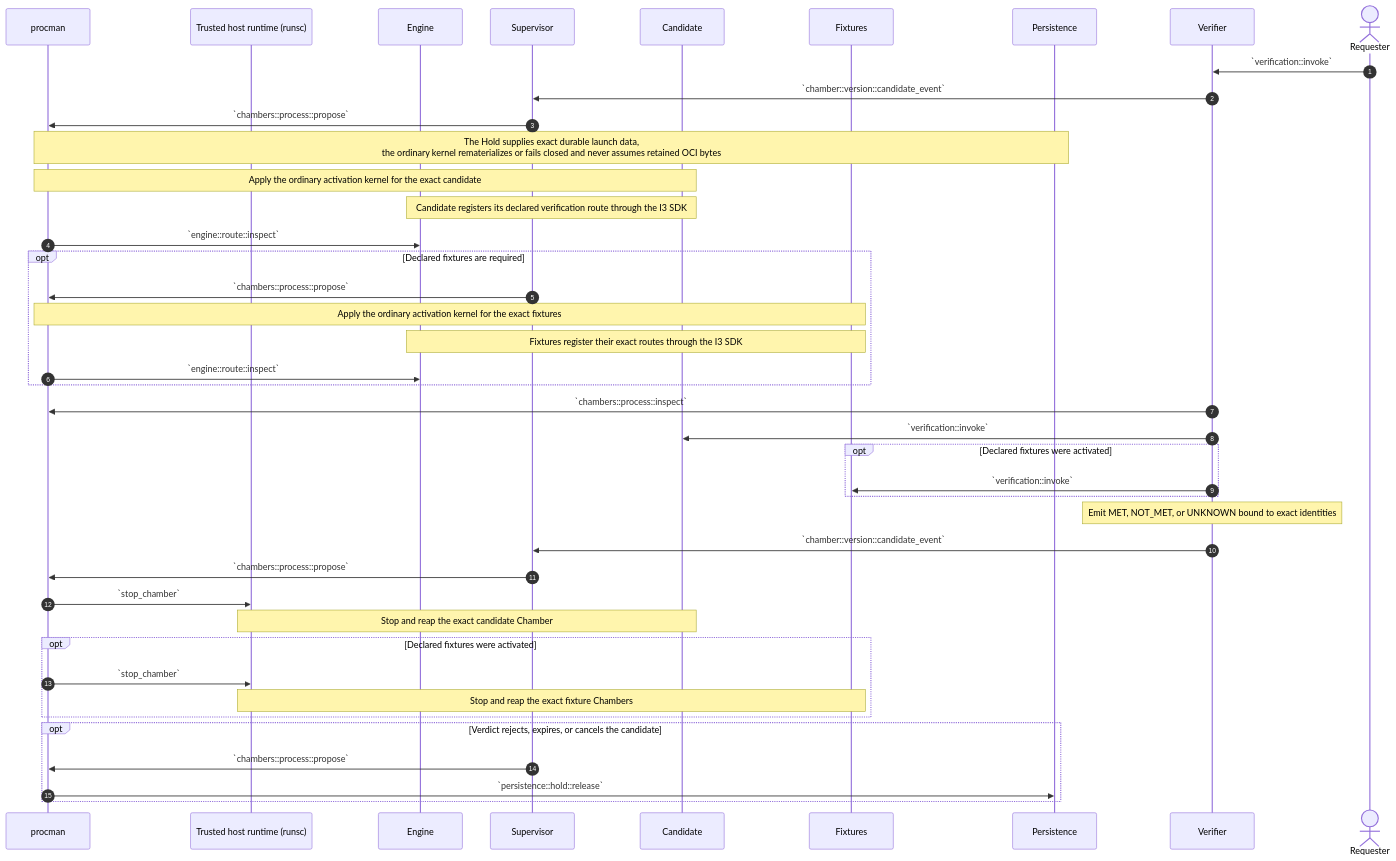
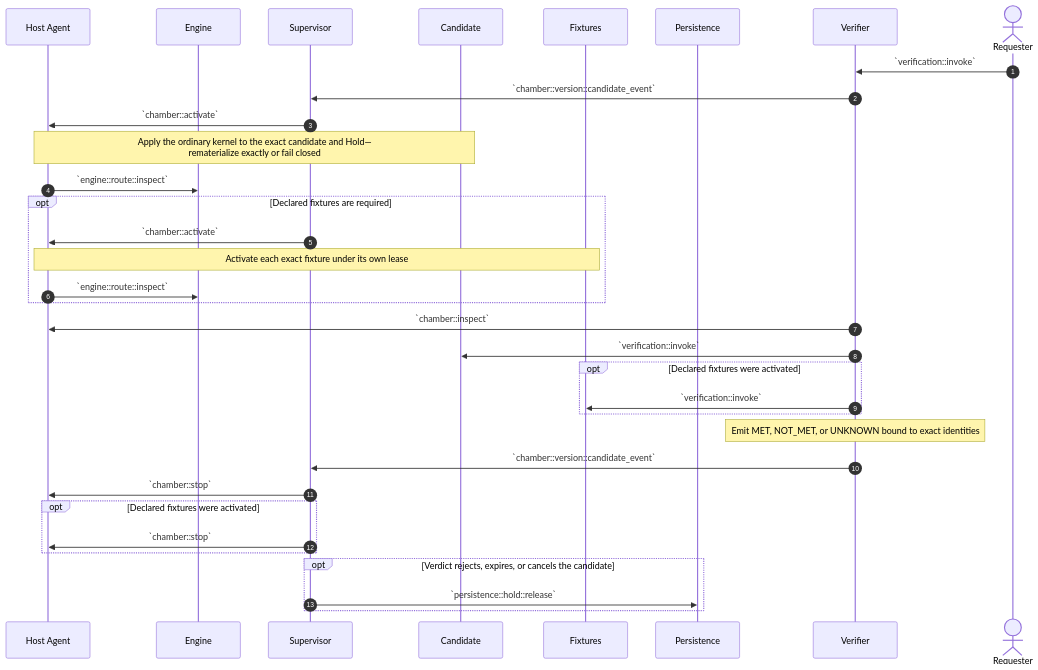
One commit to dreamcatcher-tech/chambers-lifecycle-explorer changed diagram 11 of 15 in source/chambers-lifecycle-sequences.md. Above: the diagram before and after it, drawn with Mermaid. The commit also changed other lines of this file and 8 other files, not shown here.

````diff
--- a/source/chambers-lifecycle-sequences.md
+++ b/source/chambers-lifecycle-sequences.md
@@ -1424,51 +1013,40 @@
 ```mermaid
 sequenceDiagram
     autonumber
-    participant procman
-    participant Runtime as Trusted host runtime (runsc)
+    participant HostAgent as Host Agent
     participant Engine
     participant Supervisor
     participant Candidate
     participant Fixtures
     participant Persistence
     participant Verifier
     actor Requester
 
     Requester->>Verifier: `verification::invoke`
     Verifier->>Supervisor: `chamber::version::candidate_event`
-    Supervisor->>procman: `chambers::process::propose`
-    Note over procman,Persistence: The Hold supplies exact durable launch data,<br/>the ordinary kernel rematerializes or fails closed and never assumes retained OCI bytes
-    Note over procman,Candidate: Apply the ordinary activation kernel for the exact candidate
-    Note over Candidate,Engine: Candidate registers its declared verification route through the I3 SDK
-    procman->>Engine: `engine::route::inspect`
+    Supervisor->>HostAgent: `chamber::activate`
+    Note over HostAgent,Candidate: Apply the ordinary kernel to the exact candidate and Hold—<br/>rematerialize exactly or fail closed
+    HostAgent->>Engine: `engine::route::inspect`
 
     opt Declared fixtures are required
-        Supervisor->>procman: `chambers::process::propose`
-        Note over procman,Fixtures: Apply the ordinary activation kernel for the exact fixtures
-        Note over Fixtures,Engine: Fixtures register their exact routes through the I3 SDK
-        procman->>Engine: `engine::route::inspect`
+        Supervisor->>HostAgent: `chamber::activate`
+        Note over HostAgent,Fixtures: Activate each exact fixture under its own lease
+        HostAgent->>Engine: `engine::route::inspect`
     end
 
-    Verifier->>procman: `chambers::process::inspect`
-
+    Verifier->>HostAgent: `chamber::inspect`
     Verifier->>Candidate: `verification::invoke`
     opt Declared fixtures were activated
         Verifier->>Fixtures: `verification::invoke`
     end
     Note over Verifier: Emit MET, NOT_MET, or UNKNOWN bound to exact identities
     Verifier->>Supervisor: `chamber::version::candidate_event`
 
-    Supervisor->>procman: `chambers::process::propose`
-    procman->>Runtime: `stop_chamber`
-    Note over Runtime,Candidate: Stop and reap the exact candidate Chamber
+    Supervisor->>HostAgent: `chamber::stop`
     opt Declared fixtures were activated
-        procman->>Runtime: `stop_chamber`
-        Note over Runtime,Fixtures: Stop and reap the exact fixture Chambers
+        Supervisor->>HostAgent: `chamber::stop`
     end
-
     opt Verdict rejects, expires, or cancels the candidate
-        Supervisor->>procman: `chambers::process::propose`
-        procman->>Persistence: `persistence::hold::release`
+        Supervisor->>Persistence: `persistence::hold::release`
     end
-
 ```
````
